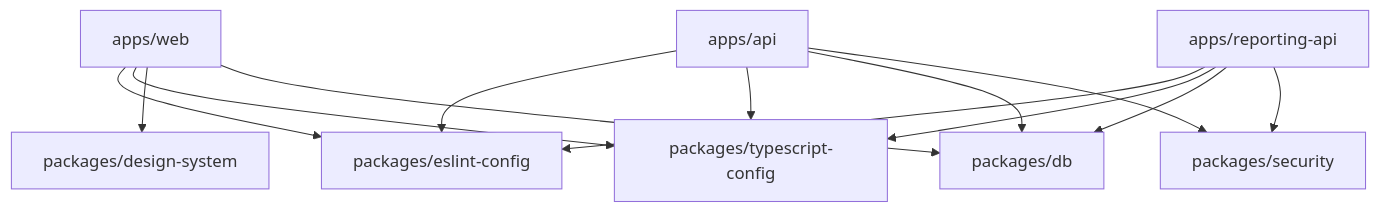
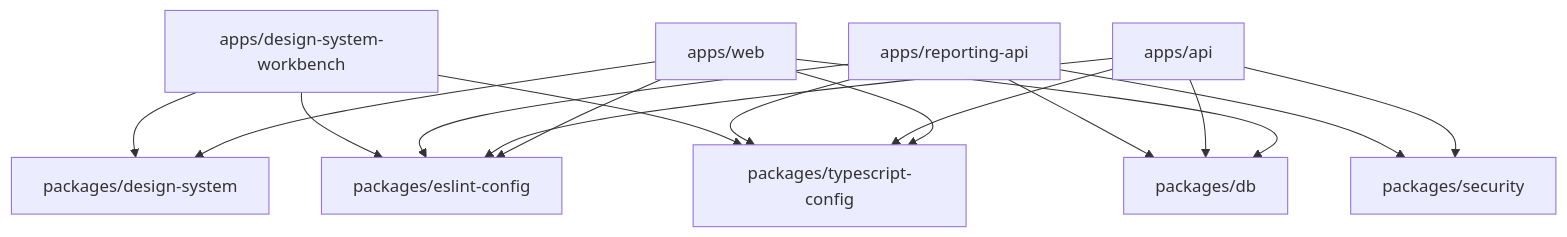
One commit to hlebtkachenko/analytics changed the third of 4 diagrams in ARCHITECTURE.md. Above: the diagram before and after it, drawn with Mermaid. The commit also changed other lines of this file and 538 other files, not shown here.

First line of the commit message:
feat(design-system): add exhaustive Carbon workbench

````diff
--- a/ARCHITECTURE.md
+++ b/ARCHITECTURE.md
@@ -57,24 +57,28 @@
 ```mermaid
 flowchart TD
   web[apps/web]
   api[apps/api]
   reporting[apps/reporting-api]
+  workbench[apps/design-system-workbench]
   design[packages/design-system]
   db[packages/db]
   security[packages/security]
   eslint[packages/eslint-config]
   typescript[packages/typescript-config]
 
   web --> eslint
   web --> typescript
   web --> design
   web --> db
   api --> eslint
   api --> typescript
   api --> db
   api --> security
   reporting --> eslint
   reporting --> typescript
   reporting --> db
   reporting --> security
+  workbench --> eslint
+  workbench --> typescript
+  workbench --> design
 ```
````
